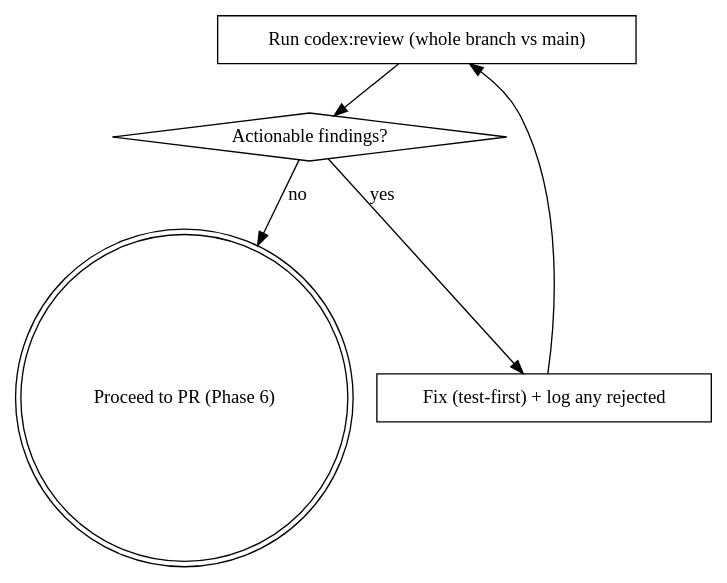
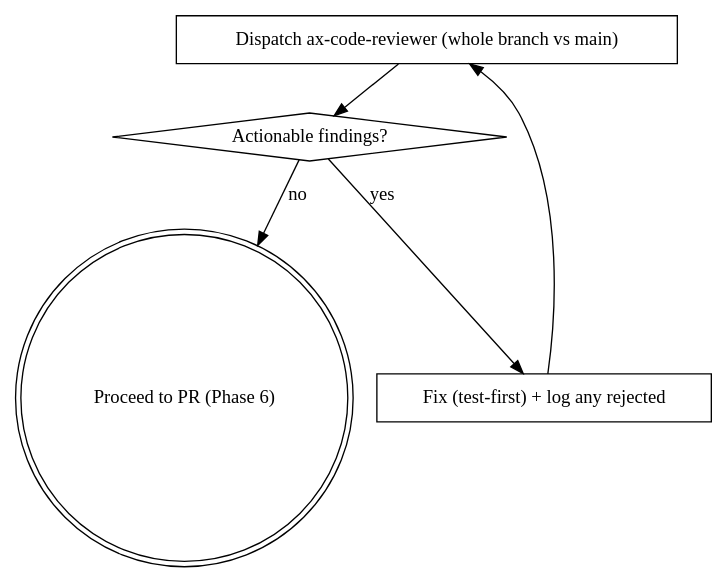
The first of 2 diagrams in .claude/skills/yolo-ship/SKILL.md (project-ax/ax-next), drawn with Graphviz before and after one commit. The commit also changed other lines of this file and 5 other files, not shown here.

First line of the commit message:
feat(skills): switch yolo-ship/auto-ship review to the ax-code-reviewer subagent

````diff
--- a/.claude/skills/yolo-ship/SKILL.md
+++ b/.claude/skills/yolo-ship/SKILL.md
@@ -119,13 +119,13 @@
 ```dot
-digraph codex_review {
-    "Run codex:review (whole branch vs main)" [shape=box];
+digraph review {
+    "Dispatch ax-code-reviewer (whole branch vs main)" [shape=box];
     "Actionable findings?" [shape=diamond];
     "Fix (test-first) + log any rejected" [shape=box];
     "Proceed to PR (Phase 6)" [shape=doublecircle];
 
-    "Run codex:review (whole branch vs main)" -> "Actionable findings?";
+    "Dispatch ax-code-reviewer (whole branch vs main)" -> "Actionable findings?";
     "Actionable findings?" -> "Fix (test-first) + log any rejected" [label="yes"];
-    "Fix (test-first) + log any rejected" -> "Run codex:review (whole branch vs main)";
+    "Fix (test-first) + log any rejected" -> "Dispatch ax-code-reviewer (whole branch vs main)";
     "Actionable findings?" -> "Proceed to PR (Phase 6)" [label="no"];
 }
 ```
````
